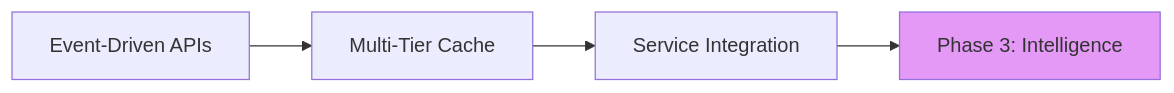
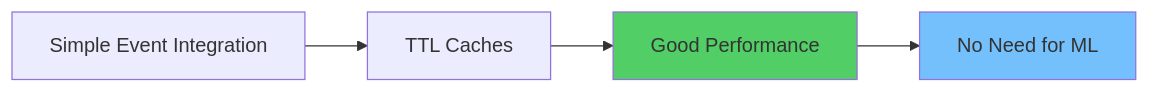
The first of 4 diagrams in workflow/cache_refactor/phase3_application_optimization.md (plataplomo/hummingbot), drawn with Mermaid before and after one commit. The commit also changed other lines of this file and 3 other files, not shown here.

Commit message:
docs: Update cache architecture documents to reflect enhancements and simplifications in event-driven integration strategy

````diff
--- a/workflow/cache_refactor/phase3_application_optimization.md
+++ b/workflow/cache_refactor/phase3_application_optimization.md
@@ -14,8 +62,9 @@
 ```mermaid
 graph LR
-    A[Event-Driven APIs] --> B[Multi-Tier Cache]
-    B --> C[Service Integration]
-    C --> D[Phase 3: Intelligence]
+    A[Simple Event Integration] --> B[TTL Caches]
+    B --> C[Good Performance]
+    C --> D[No Need for ML]
 
-    style D fill:#e599f7,color:#333
+    style C fill:#51cf66,color:#333
+    style D fill:#74c0fc,color:#333
 ```
````
